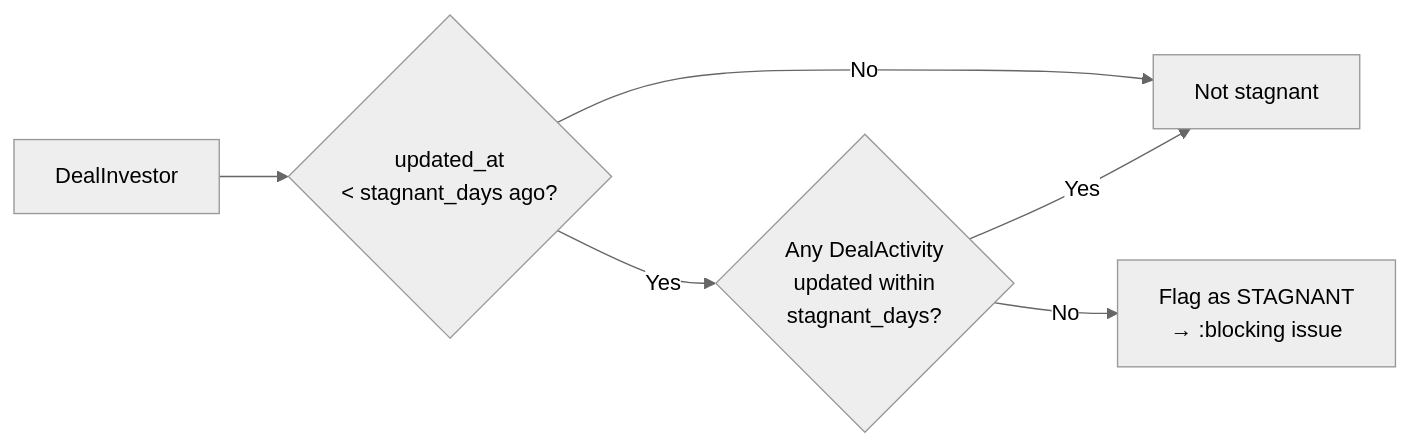
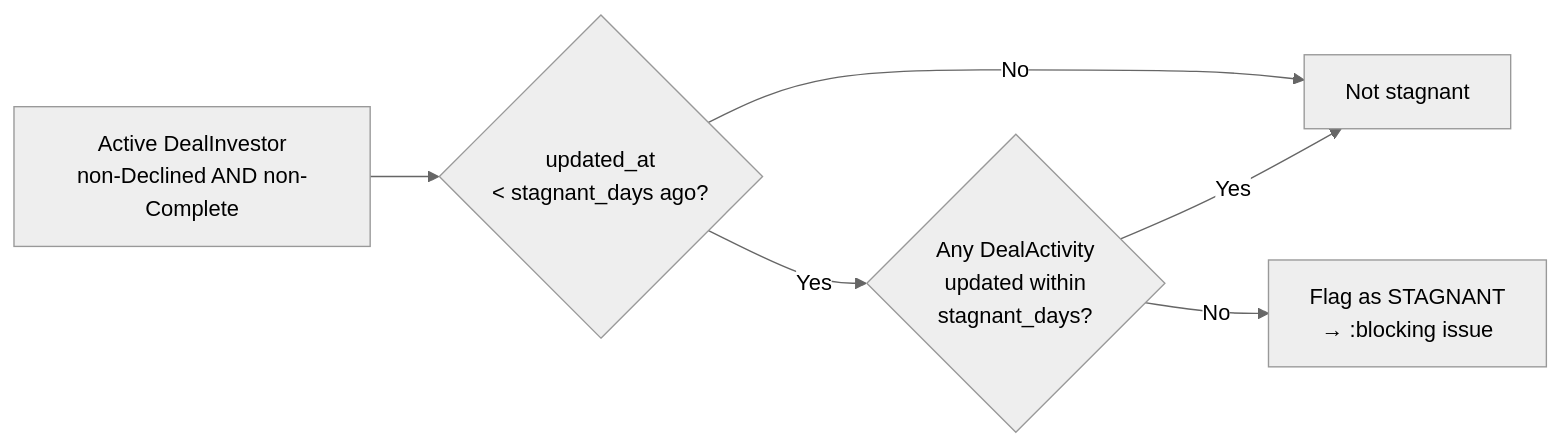
One commit to sampadadiwan/IRM_CompanyMain changed the fourth of 8 diagrams in docs/ai/deal_management_agent_prd.md. Above: the diagram before and after it, drawn with Mermaid (neutral theme). The commit also changed other lines of this file and 17 other files, not shown here.

````diff
--- a/docs/ai/deal_management_agent_prd.md
+++ b/docs/ai/deal_management_agent_prd.md
@@ -287,8 +293,8 @@
 ```mermaid
 flowchart LR
-    A[DealInvestor] --> B{updated_at\n< stagnant_days ago?}
+    A[Active DealInvestor\nnon-Declined AND non-Complete] --> B{updated_at\n< stagnant_days ago?}
     B -->|No| OK[Not stagnant]
     B -->|Yes| C{Any DealActivity\nupdated within\nstagnant_days?}
     C -->|Yes| OK
     C -->|No| Flag[Flag as STAGNANT\n→ :blocking issue]
 ```
````
